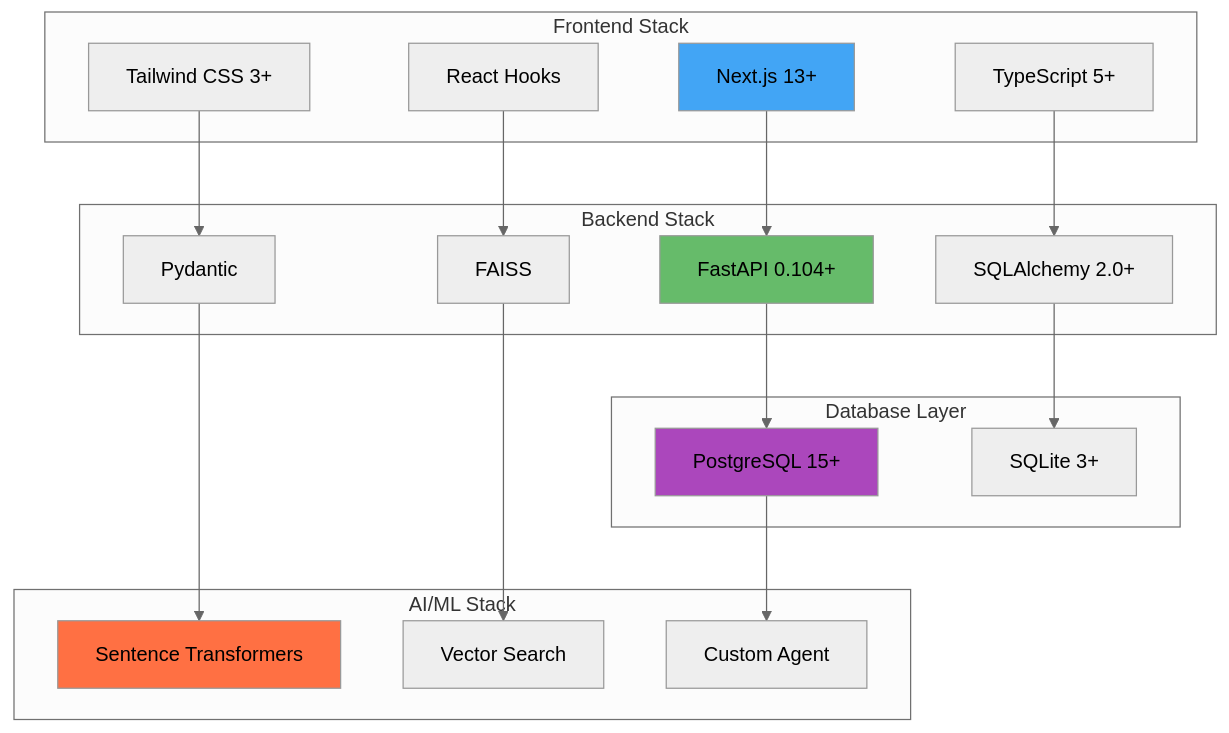
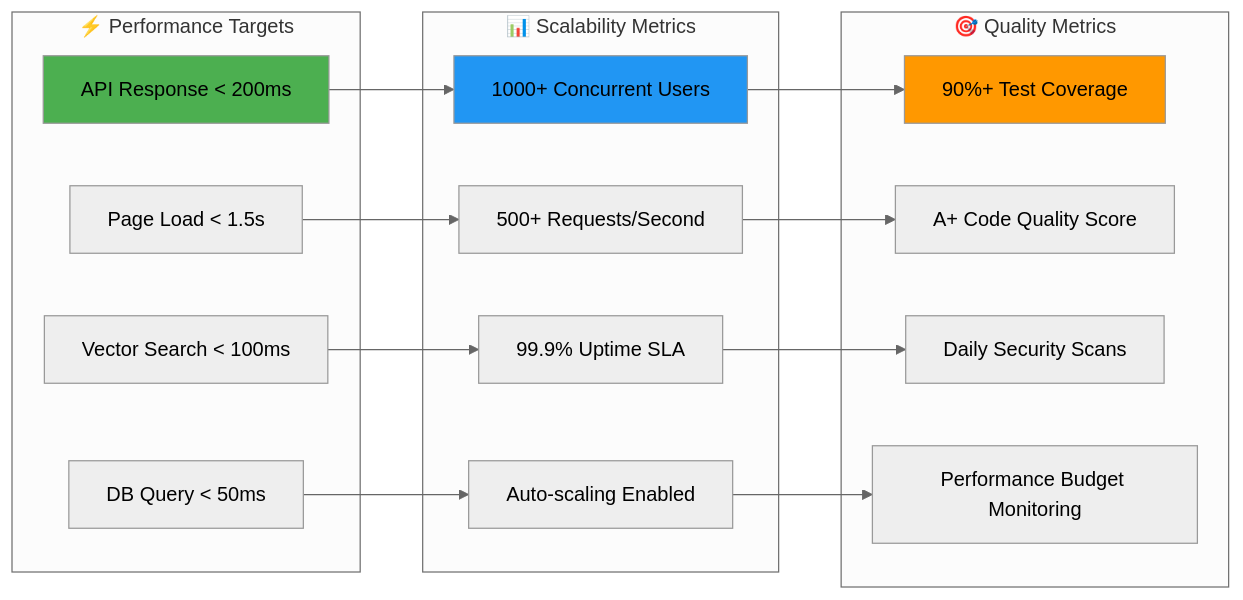
One commit to Tanz2024/Zuschat-Rag-API changed the ninth of 10 diagrams in docs/VISUAL_DOCUMENTATION.md. Above: the diagram before and after it, drawn with Mermaid (neutral theme). The commit also changed other lines of this file, not shown here.

Commit message:
Upgrade system architecture diagrams to production-ready enterprise level

````diff
--- a/docs/VISUAL_DOCUMENTATION.md
+++ b/docs/VISUAL_DOCUMENTATION.md
@@ -206,42 +474,37 @@
 ```mermaid
-graph TD
-    subgraph "Frontend Stack"
-        A[Next.js 13+]
-        B[TypeScript 5+]
-        C[Tailwind CSS 3+]
-        D[React Hooks]
+graph LR
+    subgraph "⚡ Performance Targets"
+        API_LATENCY[API Response < 200ms]
+        PAGE_LOAD[Page Load < 1.5s]
+        VECTOR_SEARCH[Vector Search < 100ms]
+        DB_QUERY[DB Query < 50ms]
     end
     
-    subgraph "Backend Stack"
-        E[FastAPI 0.104+]
-        F[SQLAlchemy 2.0+]
-        G[Pydantic]
-        H[FAISS]
+    subgraph "📊 Scalability Metrics"
+        CONCURRENT[1000+ Concurrent Users]
+        THROUGHPUT[500+ Requests/Second]
+        AVAILABILITY[99.9% Uptime SLA]
+        AUTO_SCALE[Auto-scaling Enabled]
     end
     
-    subgraph "Database Layer"
-        I[PostgreSQL 15+]
-        J[SQLite 3+]
+    subgraph "🎯 Quality Metrics"
+        TEST_COVERAGE[90%+ Test Coverage]
+        CODE_QUALITY[A+ Code Quality Score]
+        SECURITY_SCAN[Daily Security Scans]
+        PERFORMANCE_BUDGET[Performance Budget Monitoring]
     end
     
-    subgraph "AI/ML Stack"
-        K[Sentence Transformers]
-        L[Vector Search]
-        M[Custom Agent]
-    end
+    API_LATENCY --> CONCURRENT
+    PAGE_LOAD --> THROUGHPUT
+    VECTOR_SEARCH --> AVAILABILITY
+    DB_QUERY --> AUTO_SCALE
     
-    A --> E
-    B --> F
-    C --> G
-    D --> H
-    E --> I
-    F --> J
-    G --> K
-    H --> L
-    I --> M
+    CONCURRENT --> TEST_COVERAGE
+    THROUGHPUT --> CODE_QUALITY
+    AVAILABILITY --> SECURITY_SCAN
+    AUTO_SCALE --> PERFORMANCE_BUDGET
     
-    style A fill:#42a5f5
-    style E fill:#66bb6a
-    style I fill:#ab47bc
-    style K fill:#ff7043
+    style API_LATENCY fill:#4caf50
+    style CONCURRENT fill:#2196f3
+    style TEST_COVERAGE fill:#ff9800
 ```
````
